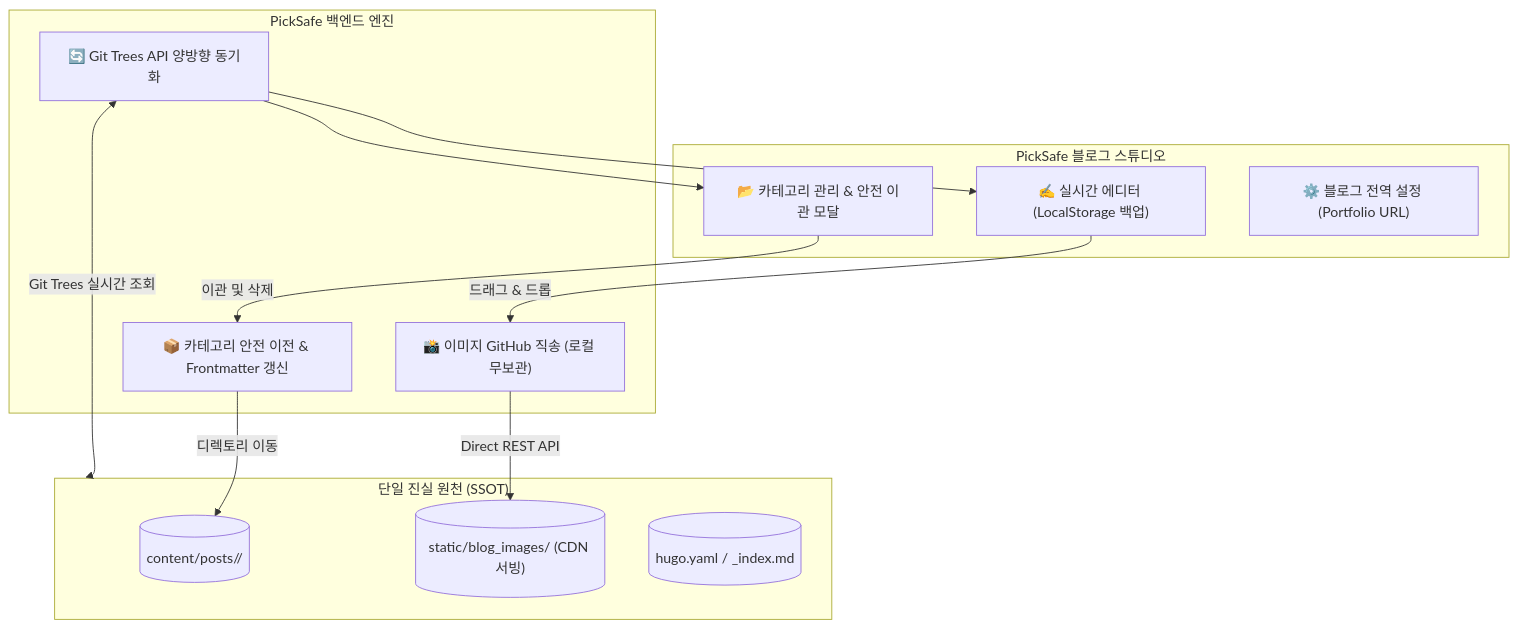
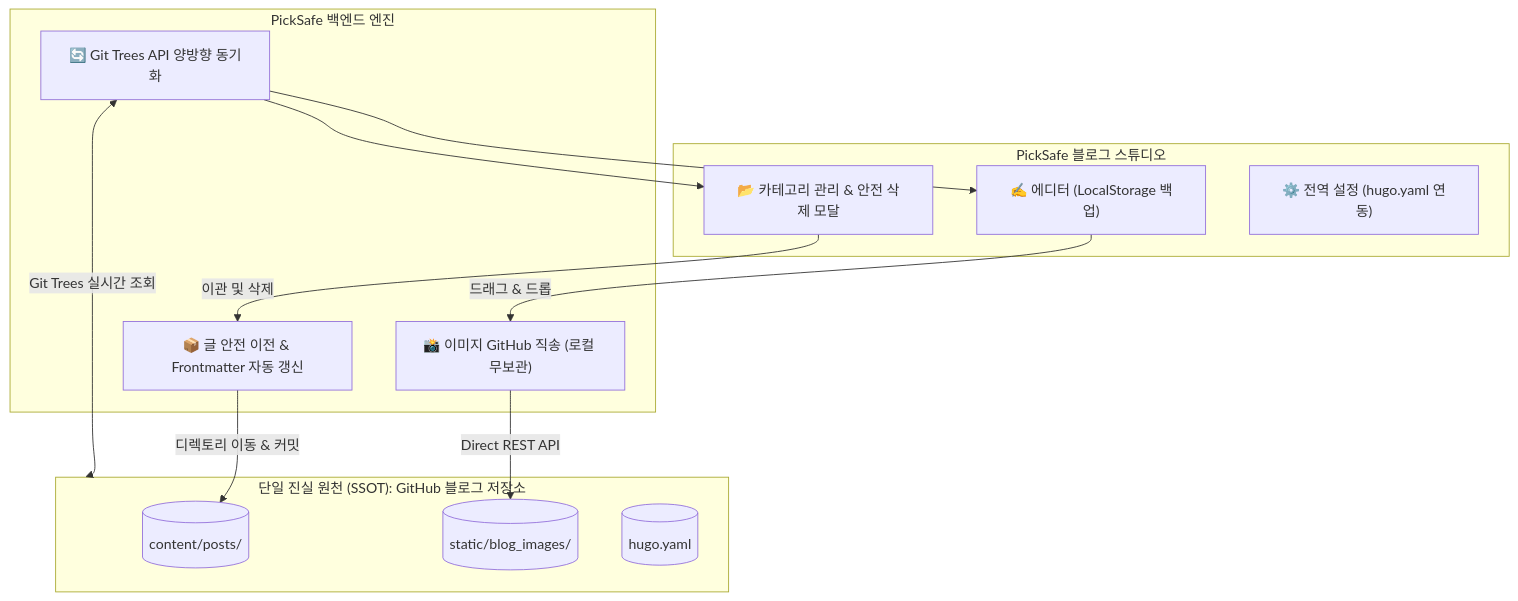
The diagram in content/posts/picksafe/2026-08-31-블로그-스튜디오-양방향-동기화-SSOT-이미지-파이프라인-및-카테고리-생애주기-아키텍처.md (daniel-dataflow/daniel-dataflow.github.io), drawn with Mermaid before and after one commit. The commit also changed other lines of this file and 64 other files, not shown here.

````diff
--- a/content/posts/picksafe/2026-08-31-블로그-스튜디오-양방향-동기화-SSOT-이미지-파이프라인-및-카테고리-생애주기-아키텍처.md
+++ b/content/posts/picksafe/2026-08-31-블로그-스튜디오-양방향-동기화-SSOT-이미지-파이프라인-및-카테고리-생애주기-아키텍처.md
@@ -36,28 +39,28 @@
 ```mermaid
 flowchart TD
     subgraph PickSafe_Studio ["PickSafe 블로그 스튜디오"]
-        UI_EDITOR["✍️ 실시간 에디터 (LocalStorage 백업)"]
-        UI_CAT["📂 카테고리 관리 & 안전 이관 모달"]
-        UI_SET["⚙️ 블로그 전역 설정 (Portfolio URL)"]
+        UI_EDITOR["✍️ 에디터 (LocalStorage 백업)"]
+        UI_CAT["📂 카테고리 관리 & 안전 삭제 모달"]
+        UI_SET["⚙️ 전역 설정 (hugo.yaml 연동)"]
     end
 
     subgraph Backend_Engine ["PickSafe 백엔드 엔진"]
         SYNC["🔄 Git Trees API 양방향 동기화"]
         IMG_DIR["📸 이미지 GitHub 직송 (로컬 무보관)"]
-        MIGRATE["📦 카테고리 안전 이전 & Frontmatter 갱신"]
+        MIGRATE["📦 글 안전 이전 & Frontmatter 자동 갱신"]
     end
 
-    subgraph GitHub_Repo ["단일 진실 원천 (SSOT)"]
-        GH_POSTS[("content/posts/<category>/")]
-        GH_IMG[("static/blog_images/ (CDN 서빙)")]
-        GH_CONFIG[("hugo.yaml / _index.md")]
+    subgraph GitHub_Repo ["단일 진실 원천 (SSOT): GitHub 블로그 저장소"]
+        GH_POSTS[("content/posts/")]
+        GH_IMG[("static/blog_images/")]
+        GH_CONFIG[("hugo.yaml")]
     end
 
     UI_EDITOR -->|드래그 & 드롭| IMG_DIR
     IMG_DIR -->|Direct REST API| GH_IMG
     UI_CAT -->|이관 및 삭제| MIGRATE
-    MIGRATE -->|디렉토리 이동| GH_POSTS
+    MIGRATE -->|디렉토리 이동 & 커밋| GH_POSTS
     SYNC <-->|Git Trees 실시간 조회| GitHub_Repo
     SYNC --> UI_EDITOR
     SYNC --> UI_CAT
 ```
````
